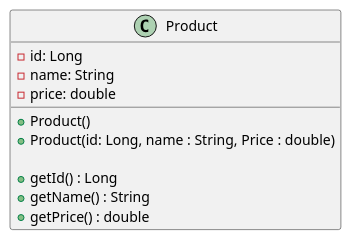
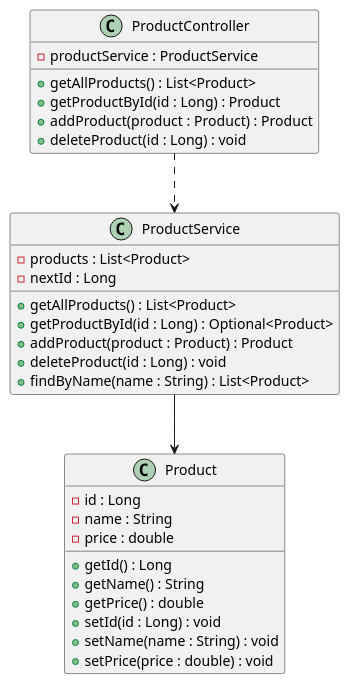
One commit to RishavMaharjan/products-api changed the diagram in docs/uml/Product.puml. Above: the diagram before and after it, drawn with PlantUML. The commit also changed 3 other files, not shown here.

Commit message:
Tutorial 3: ProductService with List - four CRUD endpoints working

```diff
--- a/docs/uml/Product.puml
+++ b/docs/uml/Product.puml
@@ -1,15 +1,33 @@
 @startuml
-
 class Product {
-    - id: Long
-    - name: String
-    - price: double
-
-    + Product()
-    + Product(id: Long, name : String, Price : double)
-
+    - id : Long
+    - name : String
+    - price : double
     + getId() : Long
     + getName() : String
     + getPrice() : double
+    + setId(id : Long) : void
+    + setName(name : String) : void
+    + setPrice(price : double) : void
 }
+class ProductService {
+    - products : List<Product>
+    - nextId : Long
+    + getAllProducts() : List<Product>
+    + getProductById(id : Long) : Optional<Product>
+    + addProduct(product : Product) : Product
+    + deleteProduct(id : Long) : void
+    + findByName(name : String) : List<Product>
+}
+class ProductController {
+    - productService : ProductService
+    + getAllProducts() : List<Product>
+    + getProductById(id : Long) : Product
+    + addProduct(product : Product) : Product
+    + deleteProduct(id : Long) : void
+}
+' .> is a dependency: DASHED line, open arrow
+ProductController ..> ProductService
+' --> is an association: SOLID line
+ProductService --> Product
 @enduml
```
